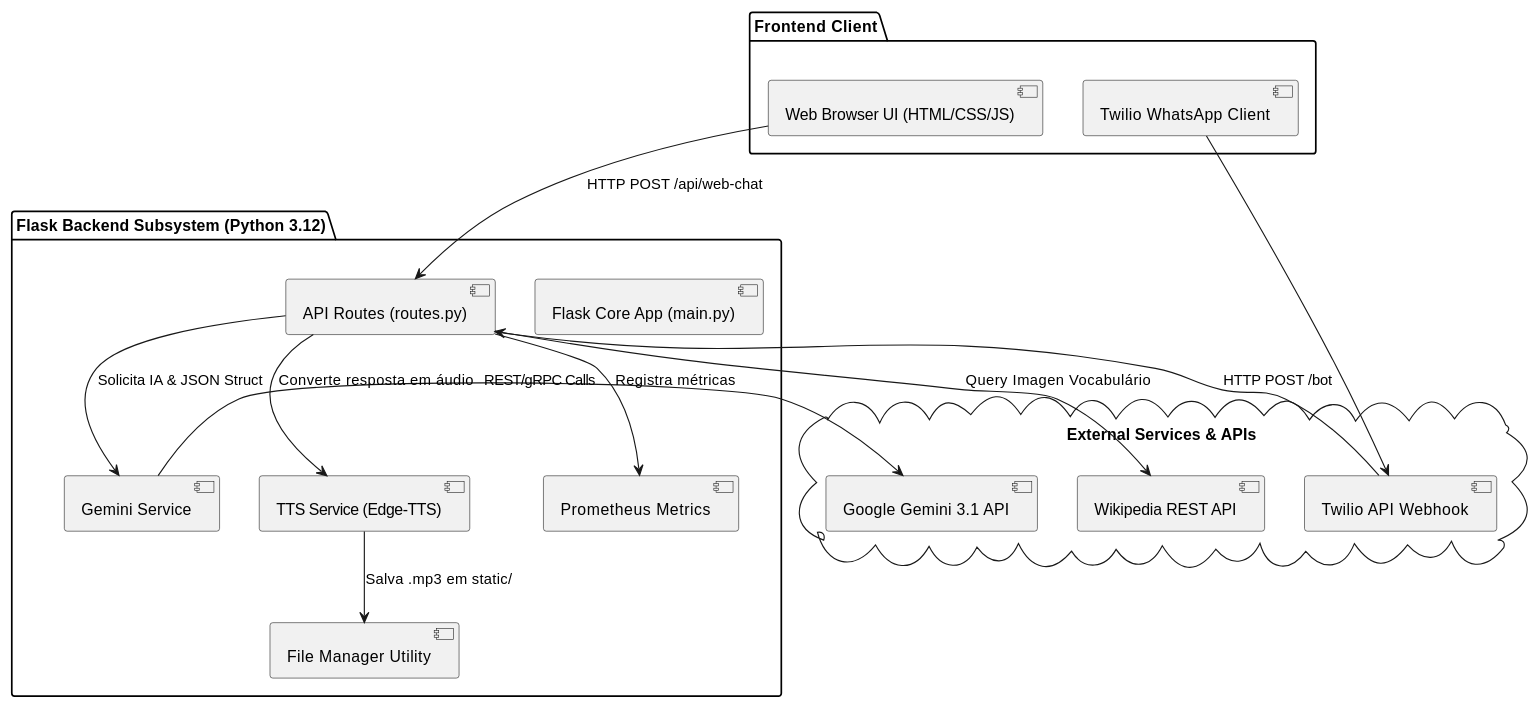
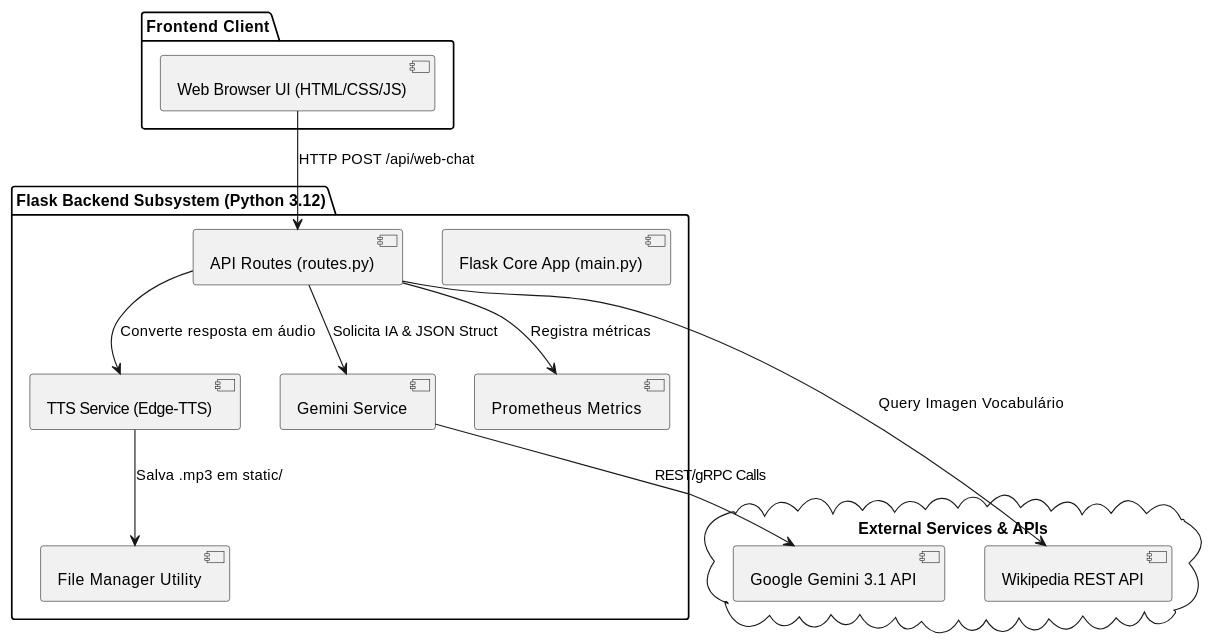
Before and after one commit to MATHEUS111JUNDIAI/bot-ingles: the fifth of 9 diagrams in docs/architecture.md, drawn with PlantUML. The commit also changed other lines of this file and 11 other files, not shown here.

Commit message:
refactor: remove legacy whatsapp twilio code and update diagrams to 100% web architecture

````diff
--- a/docs/architecture.md
+++ b/docs/architecture.md
@@ -224,37 +217,33 @@
 ```plantuml
 @startuml Component_Diagram_Teacher_Sarah
 package "Frontend Client" {
     [Web Browser UI (HTML/CSS/JS)] as WebUI
-    [Twilio WhatsApp Client] as WAClient
 }
 
 package "Flask Backend Subsystem (Python 3.12)" {
     [Flask Core App (main.py)] as MainApp
     [API Routes (routes.py)] as Routes
     [Gemini Service] as GeminiSvc
     [TTS Service (Edge-TTS)] as TTSSvc
     [File Manager Utility] as FileMgr
     [Prometheus Metrics] as MetricsSvc
 }
 
 cloud "External Services & APIs" {
     [Google Gemini 3.1 API] as GeminiAPI
     [Wikipedia REST API] as WikiAPI
-    [Twilio API Webhook] as TwilioAPI
 }
 
 WebUI --> Routes : HTTP POST /api/web-chat
-WAClient --> TwilioAPI
-TwilioAPI --> Routes : HTTP POST /bot
 
 Routes --> GeminiSvc : Solicita IA & JSON Struct
 GeminiSvc --> GeminiAPI : REST/gRPC Calls
 
 Routes --> WikiAPI : Query Imagen Vocabulário
 
 Routes --> TTSSvc : Converte resposta em áudio
 TTSSvc --> FileMgr : Salva .mp3 em static/
 
 Routes --> MetricsSvc : Registra métricas
 @enduml
 ```
````
